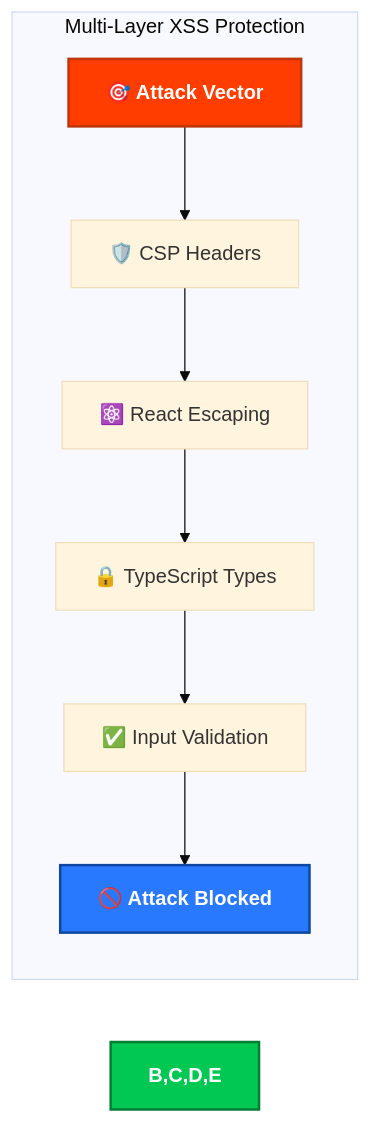
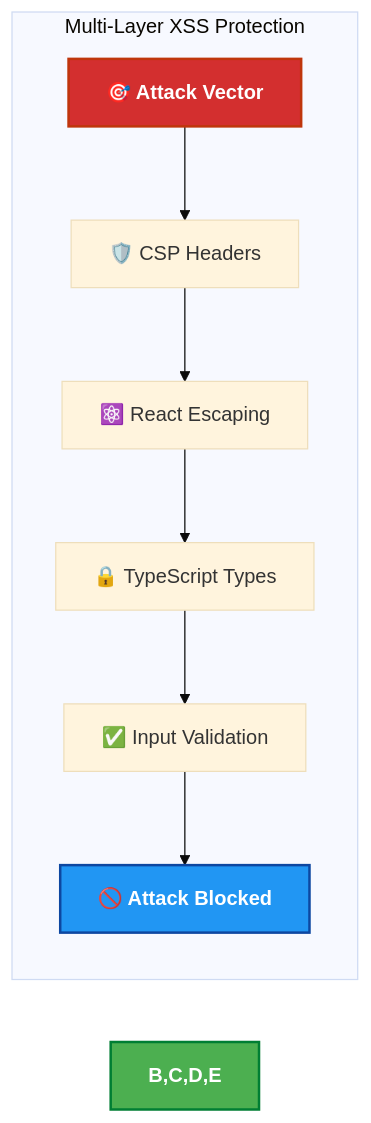
One commit to step-security-bot/cia-compliance-manager changed diagram 23 of 32 in docs/architecture/SECURITY_ARCHITECTURE.md. Above: the diagram before and after it, drawn with Mermaid (base theme). The commit also changed other lines of this file and 27 other files, not shown here.

First line of the commit message:
fix: resolve broken mermaid diagrams and improve color coding to match ISMS style guide (#1106)

````diff
--- a/docs/architecture/SECURITY_ARCHITECTURE.md
+++ b/docs/architecture/SECURITY_ARCHITECTURE.md
@@ -1550,14 +1550,14 @@
 ```mermaid
 flowchart LR
     subgraph "Multi-Layer XSS Protection"
         A[🎯 Attack Vector] --> B[🛡️ CSP Headers]
         B --> C[⚛️ React Escaping]
         C --> D[🔒 TypeScript Types]
         D --> E[✅ Input Validation]
         E --> F[🚫 Attack Blocked]
     end
 
-    style A fill:#FF3D00,stroke:#BF360C,stroke-width:2px,color:white,font-weight:bold
-    style B,C,D,E fill:#00C853,stroke:#007E33,stroke-width:2px,color:white,font-weight:bold
-    style F fill:#2979FF,stroke:#0D47A1,stroke-width:2px,color:white,font-weight:bold
+    style A fill:#D32F2F,stroke:#BF360C,stroke-width:2px,color:white,font-weight:bold
+    style B,C,D,E fill:#4CAF50,stroke:#007E33,stroke-width:2px,color:white,font-weight:bold
+    style F fill:#2196F3,stroke:#0D47A1,stroke-width:2px,color:white,font-weight:bold
 ```
````
